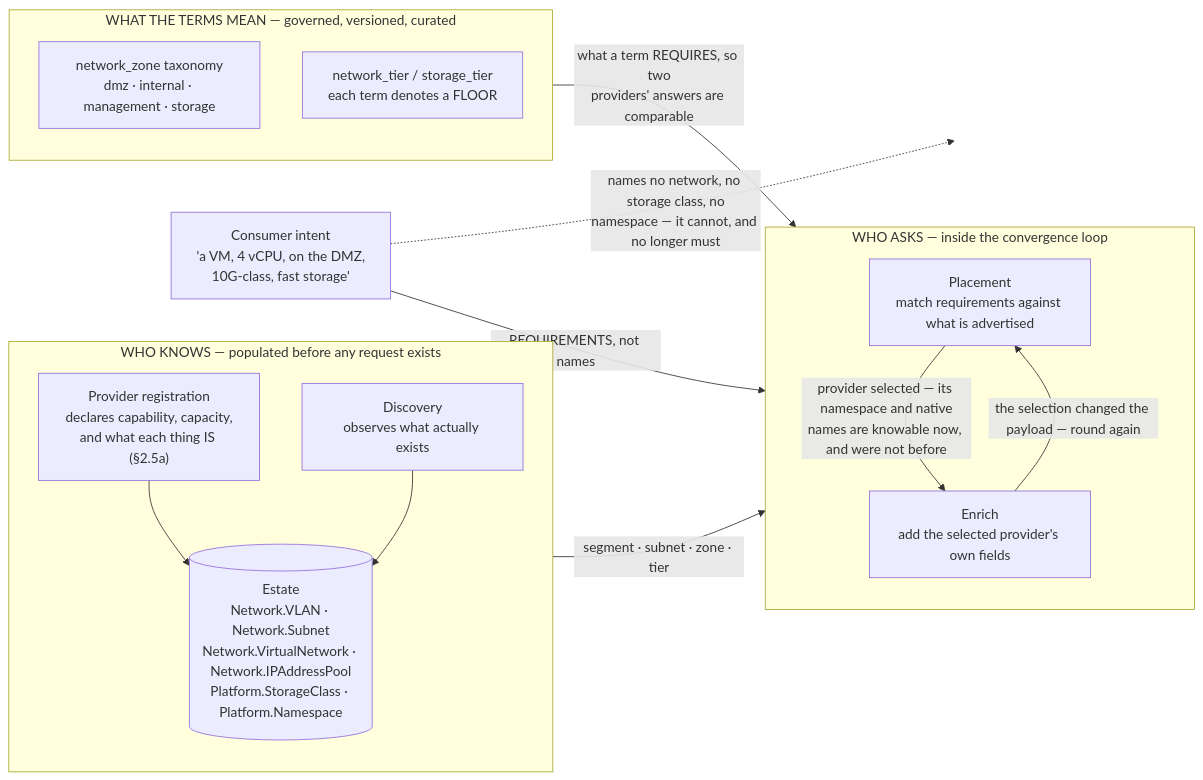
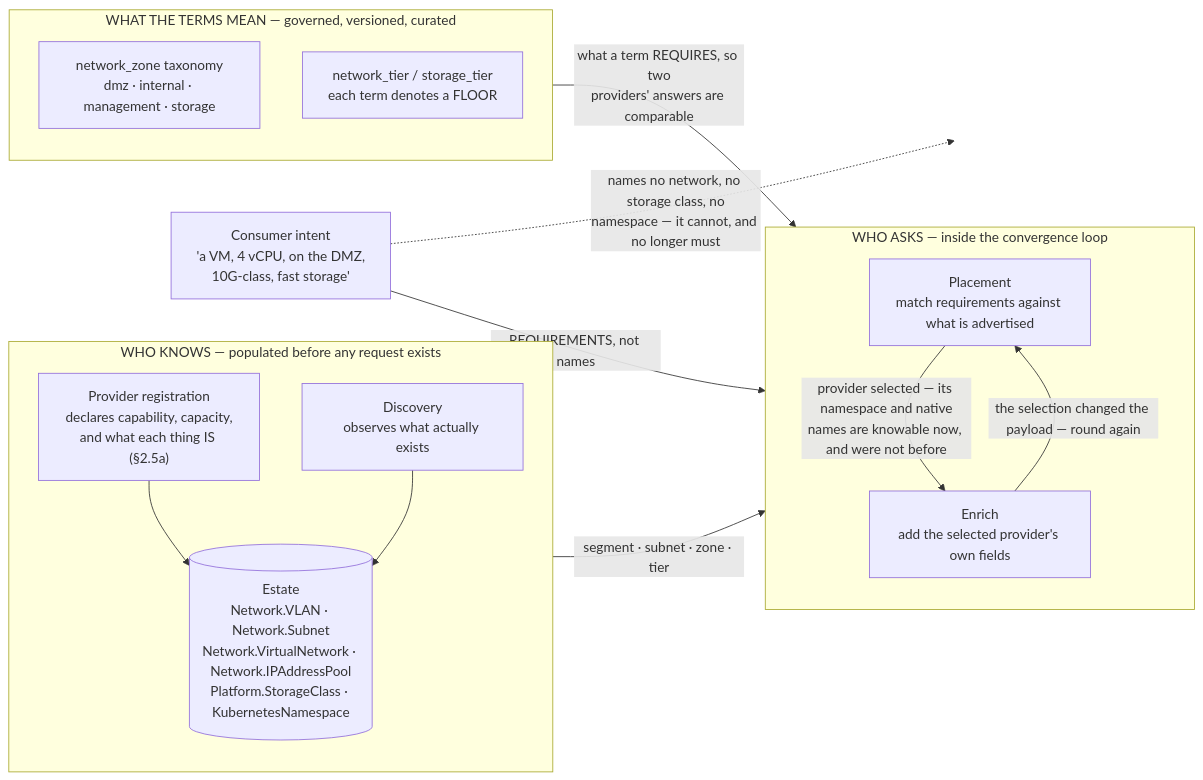
The second of 2 diagrams in docs/flows/uc-04-vm-intent-osac-placement.md (croadfeldt/udlm), drawn with Mermaid before and after one commit. The commit also changed 19 other files, not shown here.

First line of the commit message:
KubernetesNamespace and KubernetesNodePool become Base Classes

````diff
--- a/docs/flows/uc-04-vm-intent-osac-placement.md
+++ b/docs/flows/uc-04-vm-intent-osac-placement.md
@@ -95,31 +95,31 @@
 ```mermaid
 flowchart LR
   subgraph SRC["WHO KNOWS — populated before any request exists"]
     direction TB
     PROV["Provider registration<br/>declares capability, capacity,<br/>and what each thing IS (§2.5a)"]
     DISC["Discovery<br/>observes what actually exists"]
-    PROV --> EST[("Estate<br/>Network.VLAN · Network.Subnet<br/>Network.VirtualNetwork · Network.IPAddressPool<br/>Platform.StorageClass · Platform.Namespace")]
+    PROV --> EST[("Estate<br/>Network.VLAN · Network.Subnet<br/>Network.VirtualNetwork · Network.IPAddressPool<br/>Platform.StorageClass · KubernetesNamespace")]
     DISC --> EST
   end
 
   subgraph VOCAB["WHAT THE TERMS MEAN — governed, versioned, curated"]
     direction TB
     ZN["network_zone taxonomy<br/>dmz · internal · management · storage"]
     TR["network_tier / storage_tier<br/>each term denotes a FLOOR"]
   end
 
   subgraph REQ["WHO ASKS — inside the convergence loop"]
     direction TB
     PL2["Placement<br/>match requirements against what is advertised"]
     EN2["Enrich<br/>add the selected provider's own fields"]
   end
 
   EST -->|"segment · subnet · zone · tier"| PL2
   VOCAB -->|"what a term REQUIRES, so two<br/>providers' answers are comparable"| PL2
   PL2 -->|"provider selected — its namespace and native<br/>names are knowable now, and were not before"| EN2
   EN2 -->|"the selection changed the payload — round again"| PL2
 
   CONS["Consumer intent<br/>'a VM, 4 vCPU, on the DMZ,<br/>10G-class, fast storage'"] -->|"REQUIREMENTS, not names"| PL2
   CONS -.->|"names no network, no storage class, no<br/>namespace — it cannot, and no longer must"| X1[" "]
   style X1 fill:none,stroke:none
 ```
````
